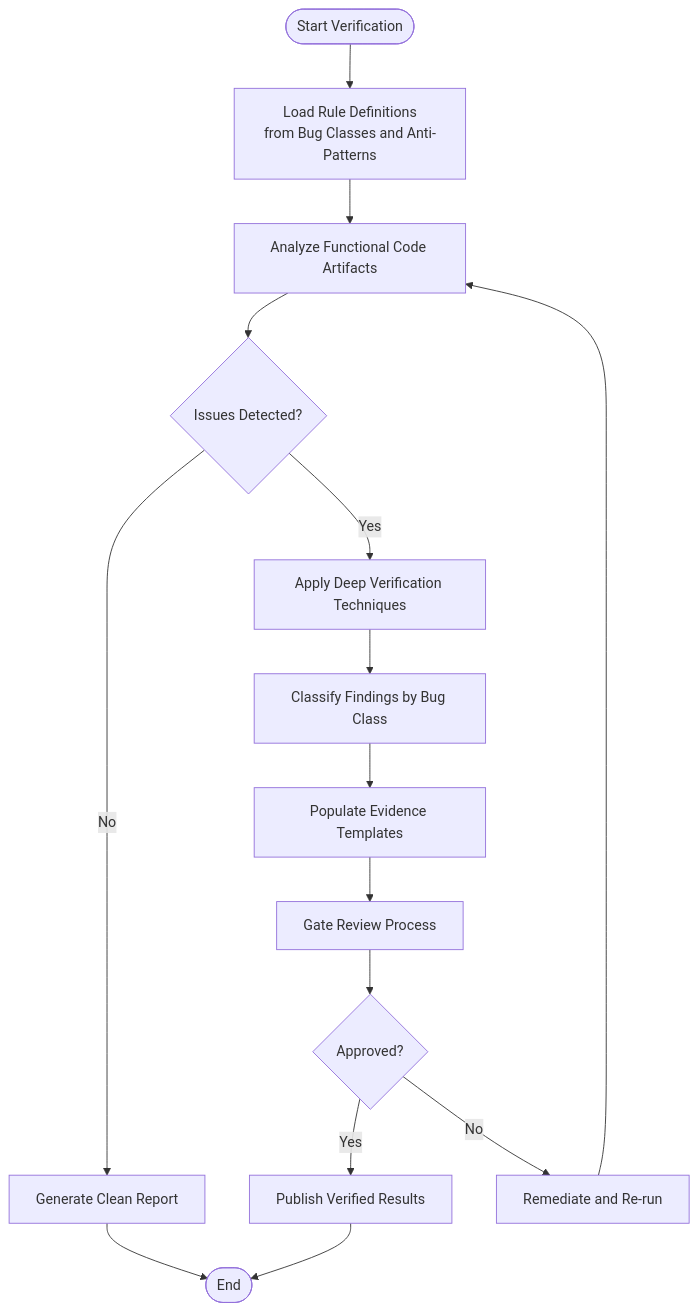
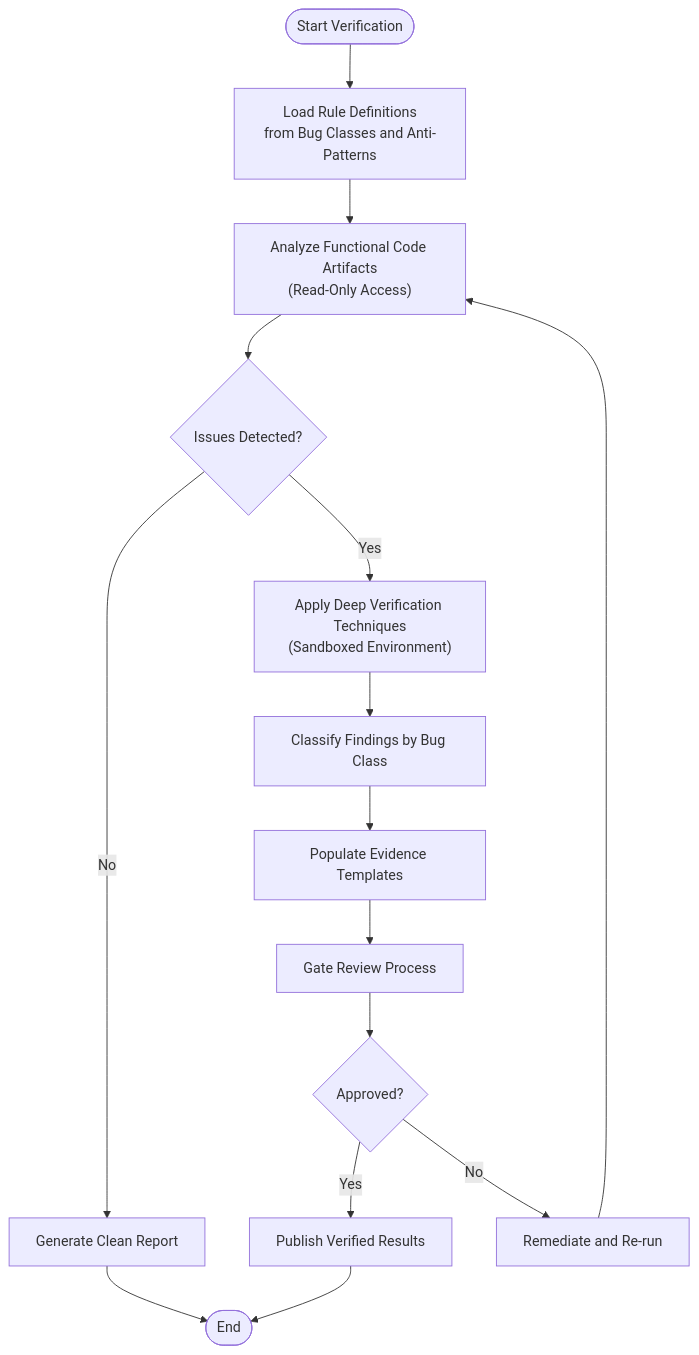
One commit to Sherlock-Shi/pi-codex-kit changed the second of 4 diagrams in .qoder/repowiki/en/content/Skills Reference/Testing & Verification Skills/FP Check Skill/FP Check Skill.md. Above: the diagram before and after it, drawn with Mermaid. The commit also changed other lines of this file and 47 other files, not shown here.

````diff
--- a/.qoder/repowiki/en/content/Skills Reference/Testing & Verification Skills/FP Check Skill/FP Check Skill.md
+++ b/.qoder/repowiki/en/content/Skills Reference/Testing & Verification Skills/FP Check Skill/FP Check Skill.md
@@ -92,17 +129,17 @@
 ```mermaid
 flowchart TD
 Start(["Start Verification"]) --> LoadRules["Load Rule Definitions<br/>from Bug Classes and Anti-Patterns"]
-LoadRules --> AnalyzeCode["Analyze Functional Code Artifacts"]
+LoadRules --> AnalyzeCode["Analyze Functional Code Artifacts<br/>(Read-Only Access)"]
 AnalyzeCode --> DetectIssues{"Issues Detected?"}
 DetectIssues --> |No| GenerateReport["Generate Clean Report"]
-DetectIssues --> |Yes| ApplyDeepVerify["Apply Deep Verification Techniques"]
+DetectIssues --> |Yes| ApplyDeepVerify["Apply Deep Verification Techniques<br/>(Sandboxed Environment)"]
 ApplyDeepVerify --> Classify["Classify Findings by Bug Class"]
 Classify --> TemplateEvidence["Populate Evidence Templates"]
 TemplateEvidence --> GateReview["Gate Review Process"]
 GateReview --> Decision{"Approved?"}
 Decision --> |Yes| Publish["Publish Verified Results"]
 Decision --> |No| Remediate["Remediate and Re-run"]
 Remediate --> AnalyzeCode
 Publish --> End(["End"])
 GenerateReport --> End
 ```
````
